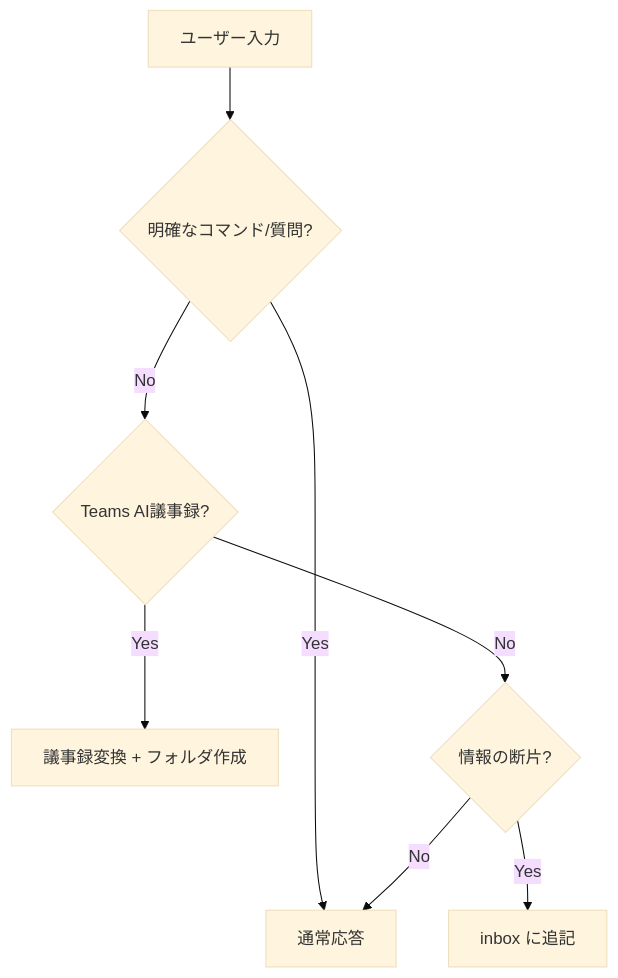
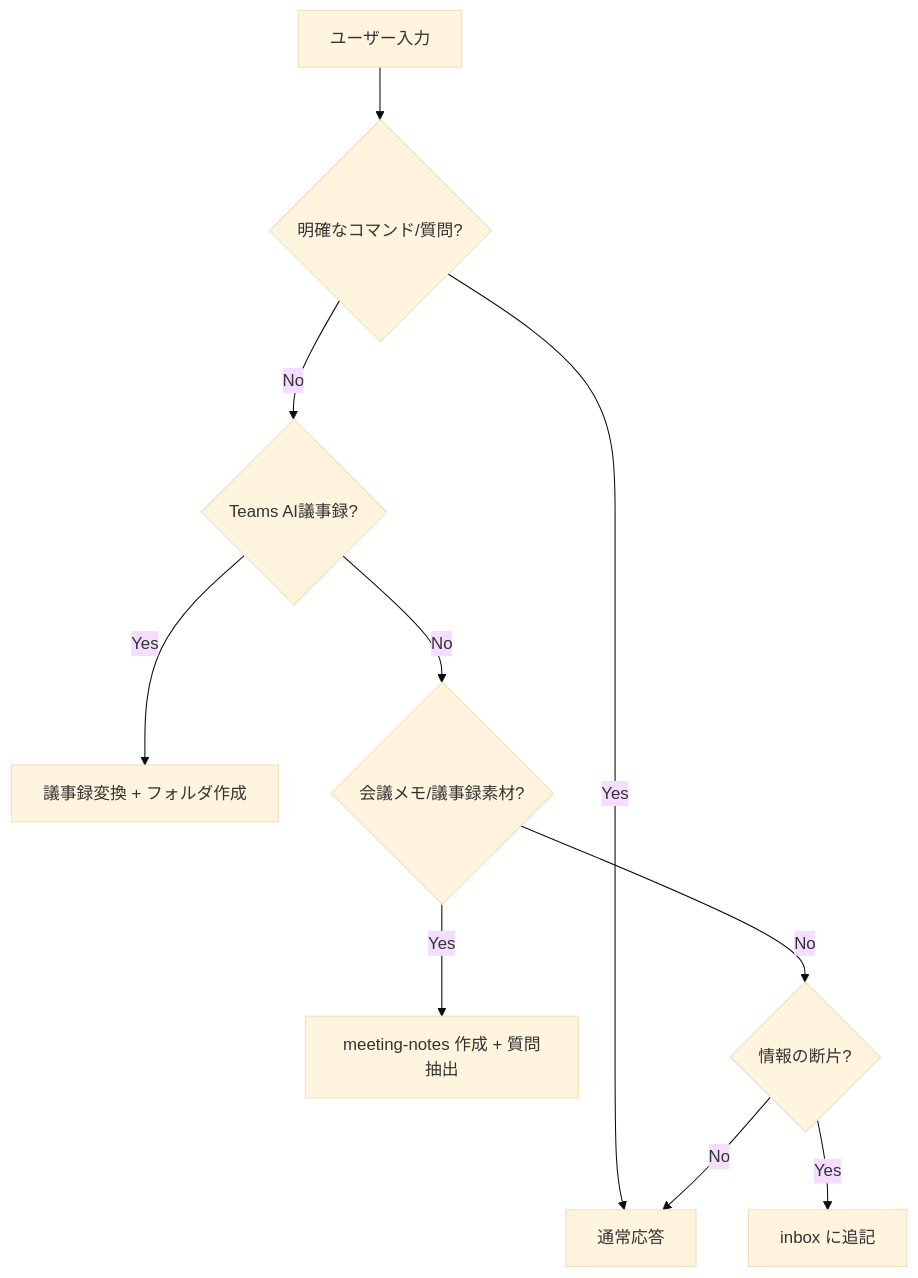
The diagram in customer-workspace/assets/copilot-instructions.md (aktsmm/Agent-Skills), drawn with Mermaid (base theme) before and after one commit. The commit also changed other lines of this file and 4 other files, not shown here.

````diff
--- a/customer-workspace/assets/copilot-instructions.md
+++ b/customer-workspace/assets/copilot-instructions.md
@@ -26,10 +26,12 @@
 ```mermaid
 graph TD
     A[ユーザー入力] --> B{明確なコマンド/質問?}
     B -->|Yes| C[通常応答]
     B -->|No| D{Teams AI議事録?}
     D -->|Yes| E[議事録変換 + フォルダ作成]
-    D -->|No| F{情報の断片?}
-    F -->|Yes| G[inbox に追記]
-    F -->|No| C
+    D -->|No| F{会議メモ/議事録素材?}
+    F -->|Yes| G[meeting-notes 作成 + 質問抽出]
+    F -->|No| H{情報の断片?}
+    H -->|Yes| I[inbox に追記]
+    H -->|No| C
 ```
````
